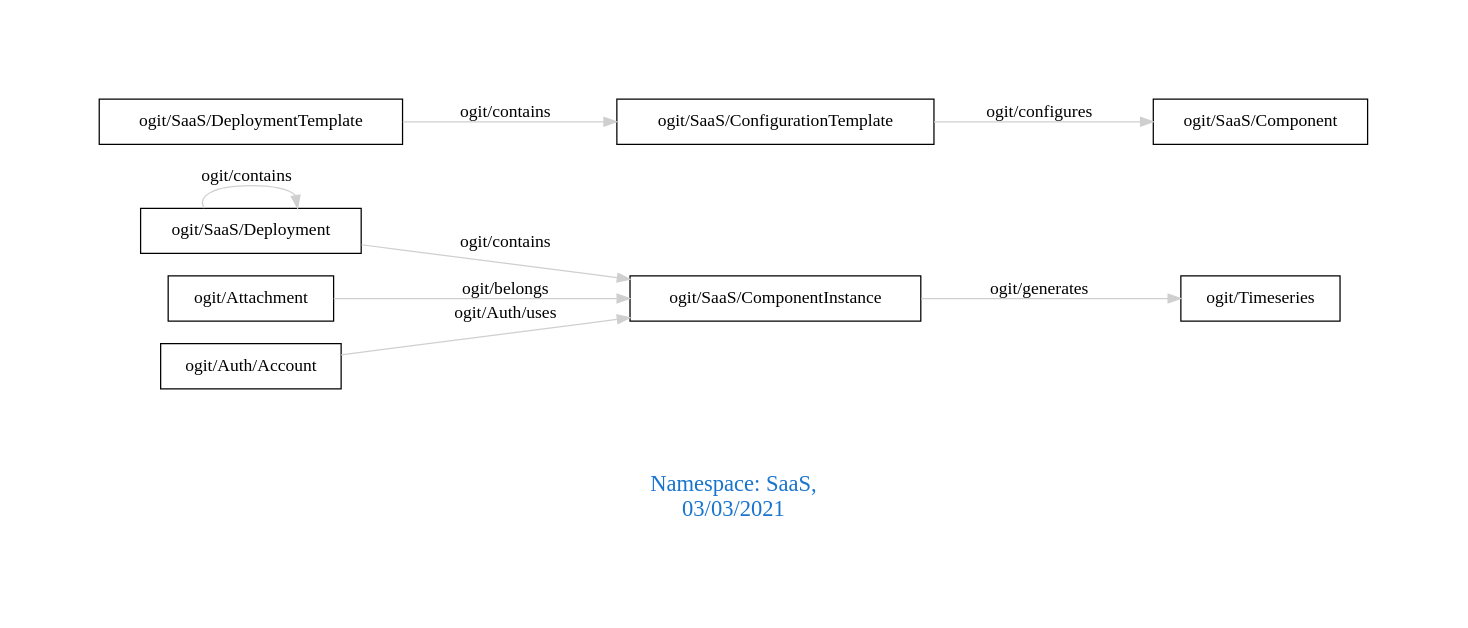
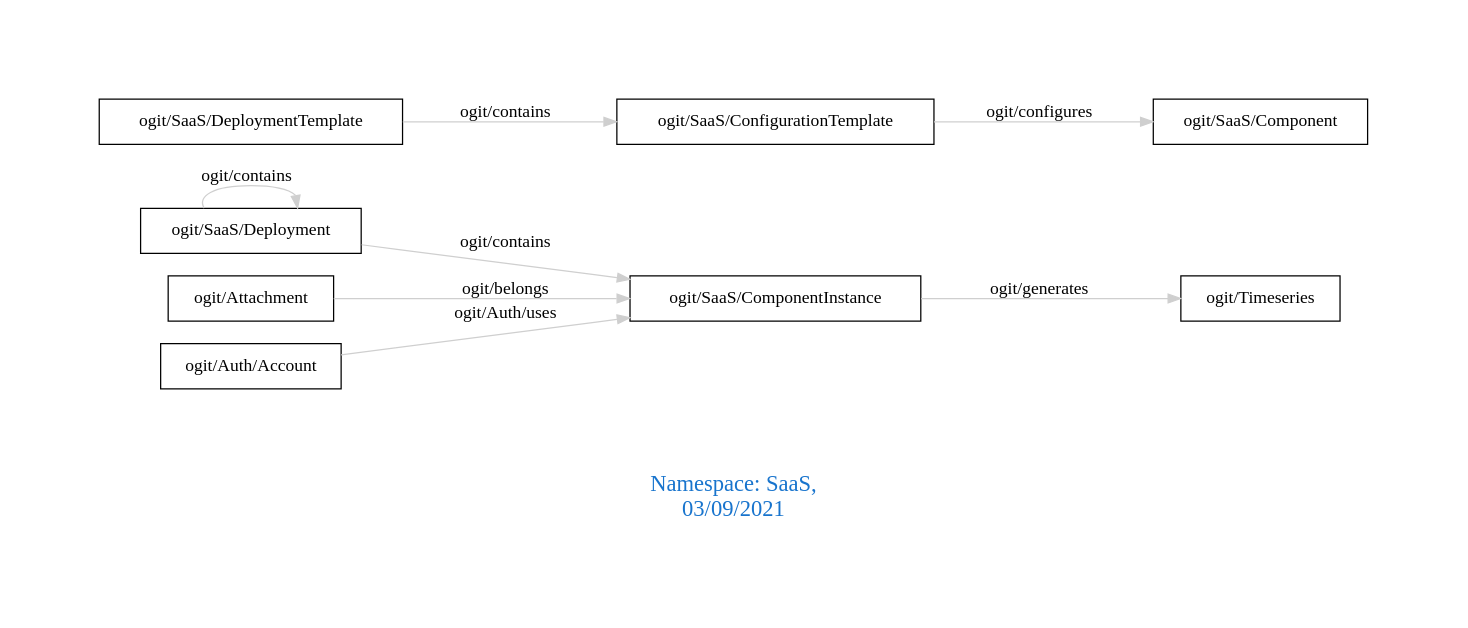
One commit to arago/OGIT changed the diagram in downloads/SaaS.dot. Above: the diagram before and after it, drawn with Graphviz. The commit also changed 1845 other files, not shown here.

```diff
--- a/downloads/SaaS.dot
+++ b/downloads/SaaS.dot
@@ -1,15 +1,15 @@
 digraph OGIT_ontology {
  graph [ rankdir= LR,pad=1 
 fontsize = 18,
-fontcolor= dodgerblue3,label = "\n\n\nNamespace: SaaS, \n 03/03/2021"];
+fontcolor= dodgerblue3,label = "\n\n\nNamespace: SaaS, \n 03/09/2021"];
 node[shape=polygon];
 edge [  color="gray81"];
 
    "ogit/SaaS/Deployment" -> "ogit/SaaS/ComponentInstance" [label="   ogit/contains    "];
    "ogit/SaaS/DeploymentTemplate" -> "ogit/SaaS/ConfigurationTemplate" [label="   ogit/contains    "];
    "ogit/SaaS/ComponentInstance" -> "ogit/Timeseries" [label="   ogit/generates    "];
    "ogit/SaaS/ConfigurationTemplate" -> "ogit/SaaS/Component" [label="   ogit/configures    "];
    "ogit/Attachment" -> "ogit/SaaS/ComponentInstance" [label="   ogit/belongs    "];
    "ogit/Auth/Account" -> "ogit/SaaS/ComponentInstance" [label="   ogit/Auth/uses    "];
    "ogit/SaaS/Deployment" -> "ogit/SaaS/Deployment" [label="   ogit/contains    "];
 }
```
